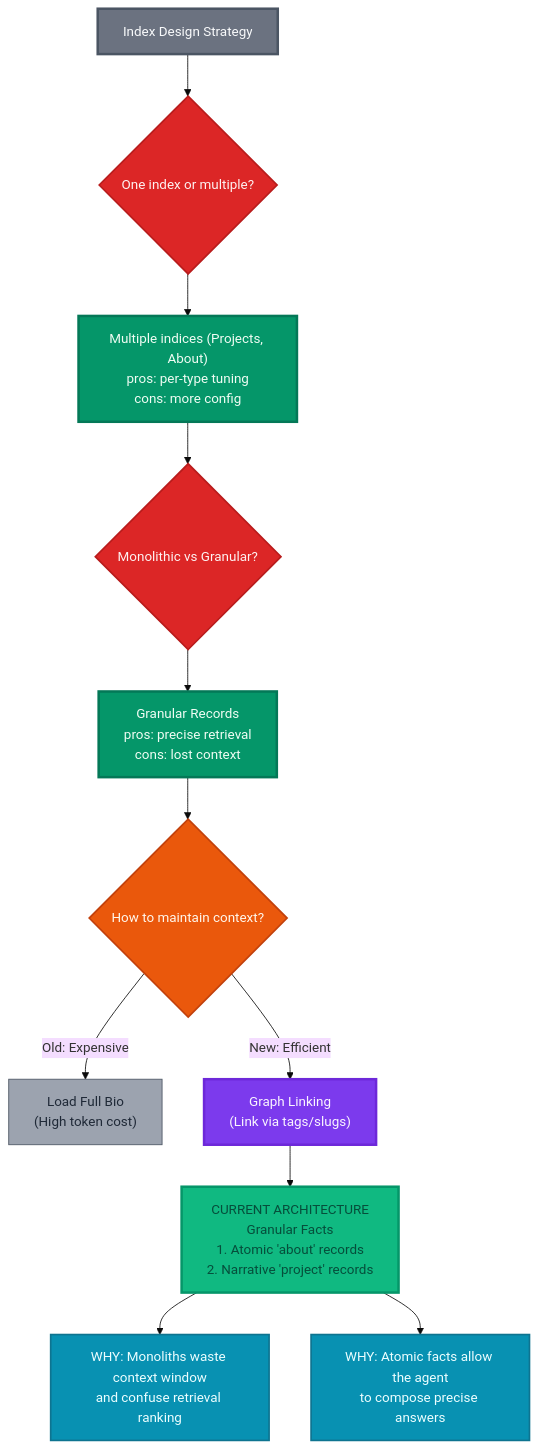
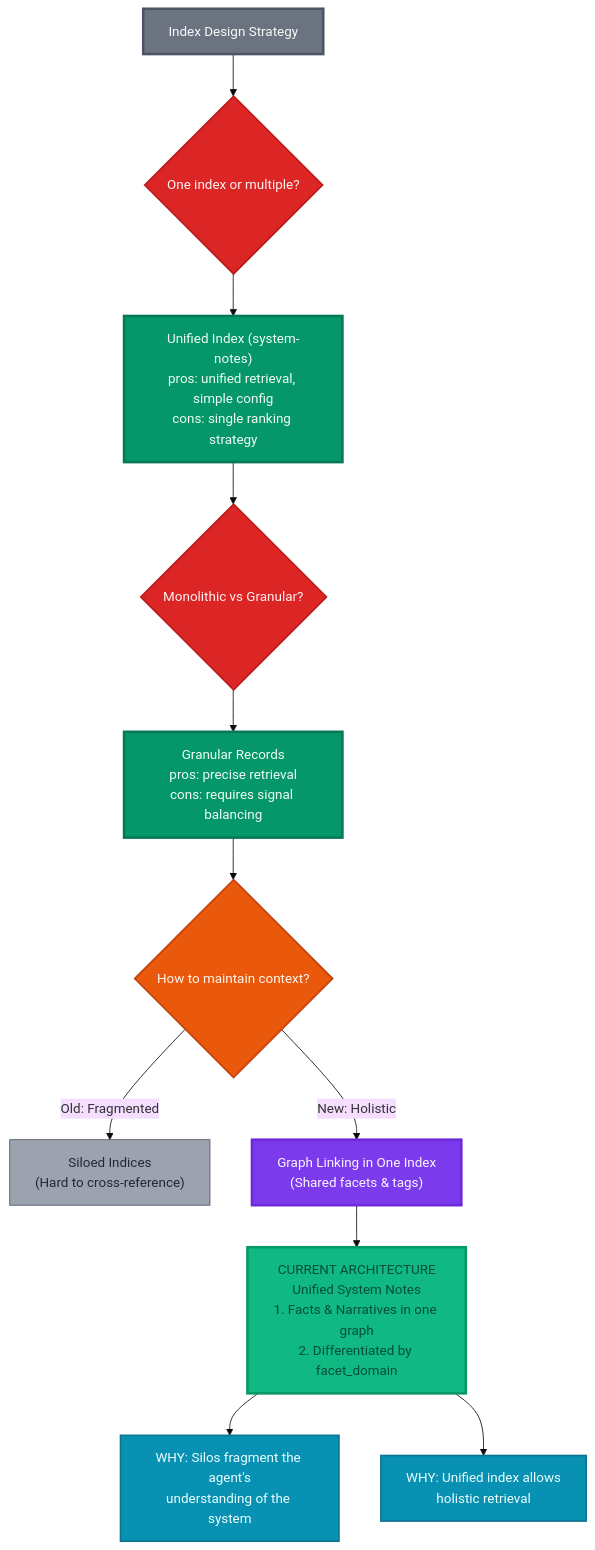
Before and after one commit to anchildress1/system-notes: the diagram in apps/api/algolia/diagrams/index-design-rationale.md, drawn with Mermaid (base theme). The commit also changed 4 other files, not shown here.

````diff
--- a/apps/api/algolia/diagrams/index-design-rationale.md
+++ b/apps/api/algolia/diagrams/index-design-rationale.md
@@ -6,49 +6,49 @@
 ```mermaid
 graph TD
     accTitle: Algolia Index Design Rationale
     accDescr: Decision tree showing the evolution from monolithic schema to granular fact architecture
 
     Start["Index Design Strategy"]:::start
 
     %% Phase 1: Structure
     Q1{"One index or multiple?"}:::question
-    Multiple["Multiple indices (Projects, About)<br/>pros: per-type tuning<br/>cons: more config"]:::chosen
+    Unified["Unified Index (system-notes)<br/>pros: unified retrieval, simple config<br/>cons: single ranking strategy"]:::chosen
 
     %% Phase 2: Content Granularity
     Q2{"Monolithic vs Granular?"}:::question
-    Granular["Granular Records<br/>pros: precise retrieval<br/>cons: lost context"]:::chosen
+    Granular["Granular Records<br/>pros: precise retrieval<br/>cons: requires signal balancing"]:::chosen
 
     %% Phase 3: The Context Problem
     Q3{"How to maintain context?"}:::problem
-    OldWay["Load Full Bio<br/>(High token cost)"]:::cons
-    NewWay["Graph Linking<br/>(Link via tags/slugs)"]:::solution
+    OldWay["Siloed Indices<br/>(Hard to cross-reference)"]:::cons
+    NewWay["Graph Linking in One Index<br/>(Shared facets & tags)"]:::solution
 
     %% Final decision
-    Decision["CURRENT ARCHITECTURE<br/>Granular Facts<br/>1. Atomic 'about' records<br/>2. Narrative 'project' records"]:::final
+    Decision["CURRENT ARCHITECTURE<br/>Unified System Notes<br/>1. Facts & Narratives in one graph<br/>2. Differentiated by facet_domain"]:::final
 
     %% Rationale
-    Why1["WHY: Monoliths waste context window<br/>and confuse retrieval ranking"]:::rationale
-    Why2["WHY: Atomic facts allow the agent<br/>to compose precise answers"]:::rationale
+    Why1["WHY: Silos fragment the agent's<br/>understanding of the system"]:::rationale
+    Why2["WHY: Unified index allows<br/>holistic retrieval"]:::rationale
 
     %% Flow
     Start --> Q1
-    Q1 --> Multiple
-    Multiple --> Q2
+    Q1 --> Unified
+    Unified --> Q2
     Q2 --> Granular
     Granular --> Q3
-    Q3 -->|Old: Expensive| OldWay
-    Q3 -->|New: Efficient| NewWay
+    Q3 -->|Old: Fragmented| OldWay
+    Q3 -->|New: Holistic| NewWay
     NewWay --> Decision
     Decision --> Why1
     Decision --> Why2
 
     %% Styles
     classDef start fill:#6b7280,stroke:#4b5563,stroke-width:3px,color:#f9fafb
     classDef question fill:#dc2626,stroke:#b91c1c,stroke-width:2px,color:#fef2f2
     classDef chosen fill:#059669,stroke:#047857,stroke-width:3px,color:#f0fdf4
     classDef problem fill:#ea580c,stroke:#c2410c,stroke-width:2px,color:#fff7ed
     classDef solution fill:#7c3aed,stroke:#6d28d9,stroke-width:3px,color:#faf5ff
     classDef cons fill:#9ca3af,stroke:#4b5563,stroke-width:1px,color:#1f2937
     classDef final fill:#10b981,stroke:#059669,stroke-width:3px,color:#064e3b
     classDef rationale fill:#0891b2,stroke:#0e7490,stroke-width:2px,color:#ecfeff
 ```
````
